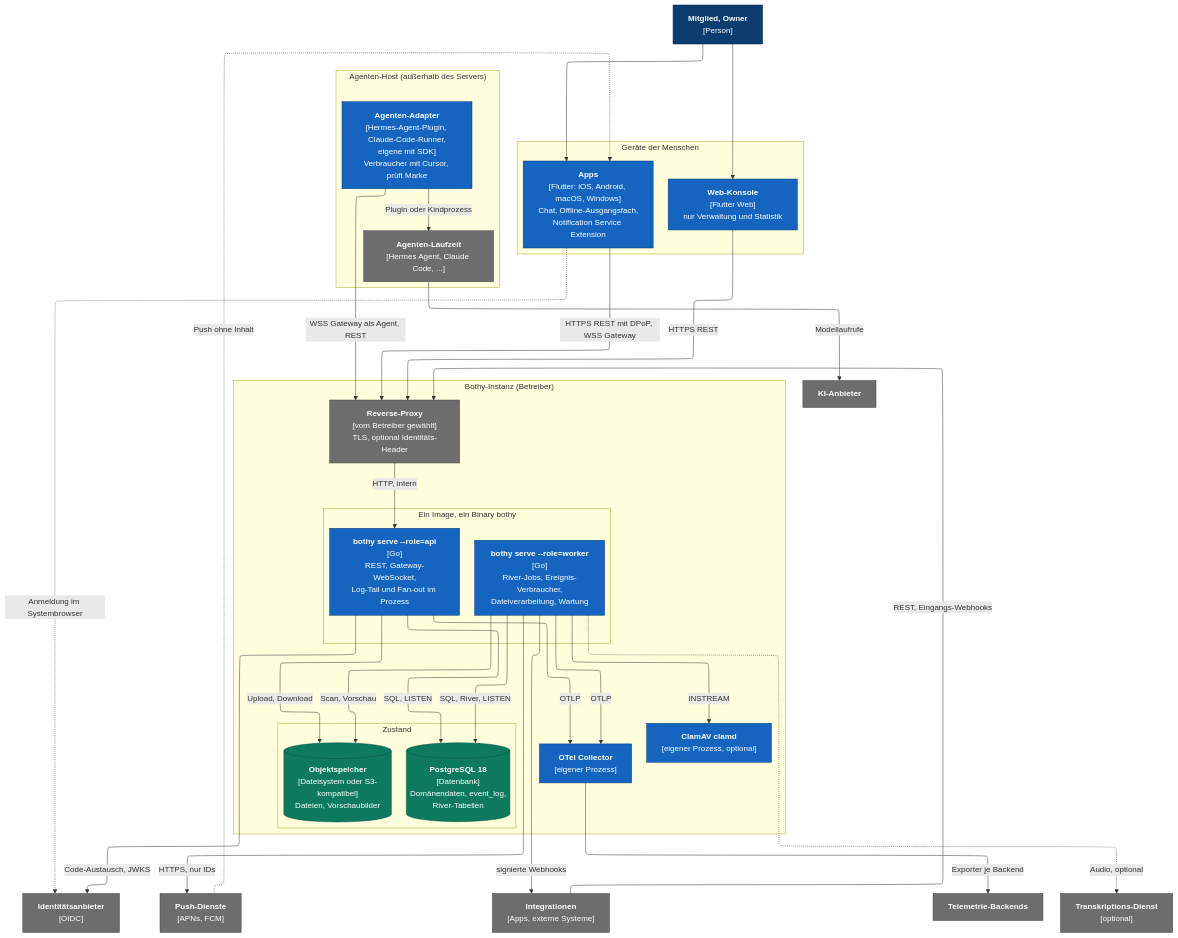
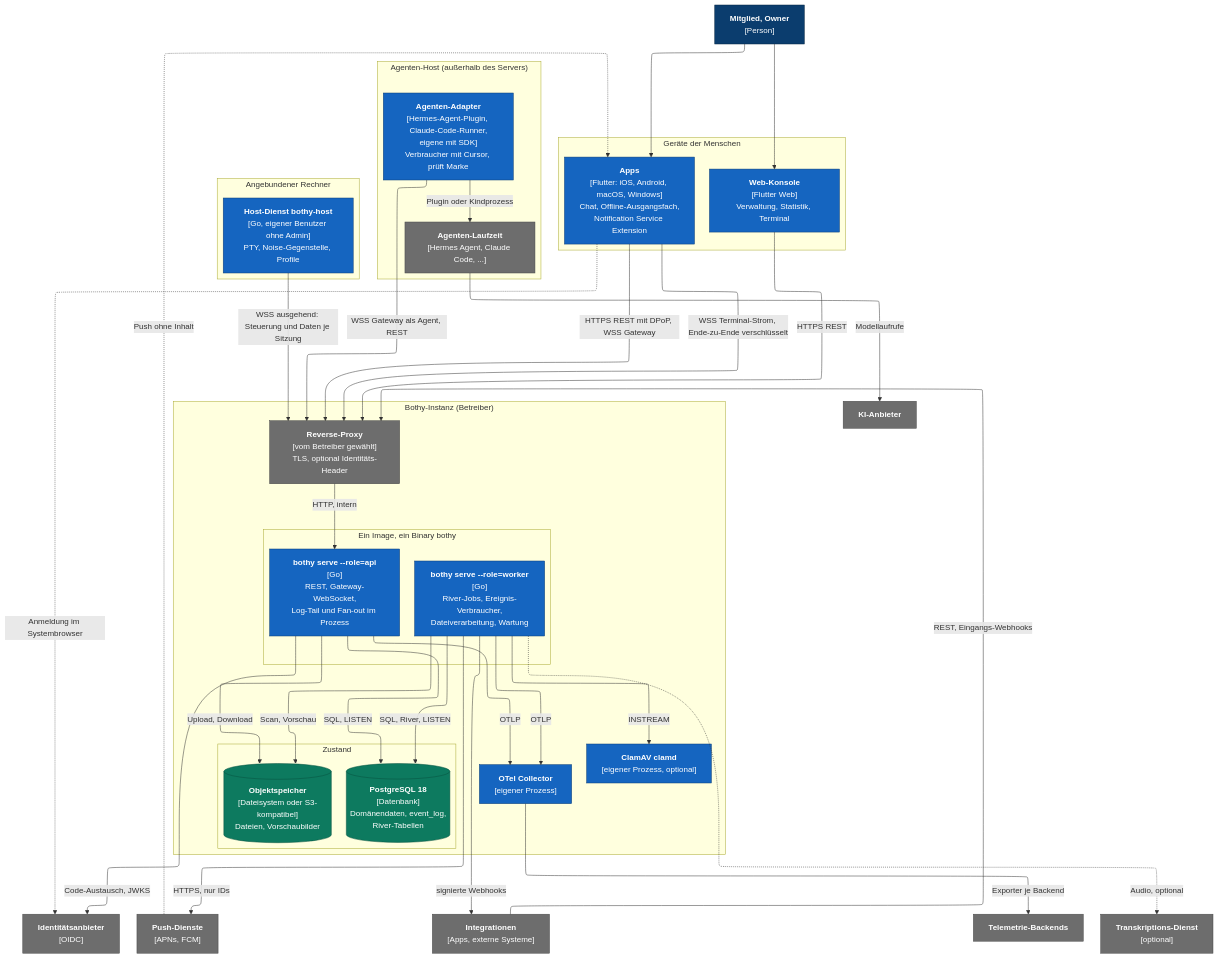
The diagram in docs/architecture/c4-2-container.mmd (mguttmann/bothy), drawn with Mermaid before and after one commit. The commit also changed 22 other files, not shown here.

First line of the commit message:
docs(kern): Rechner, Terminal-Sitzungen und Live-Statistik im Kern-Vertrag

```diff
--- a/docs/architecture/c4-2-container.mmd
+++ b/docs/architecture/c4-2-container.mmd
@@ -1,73 +1,80 @@
 ---
 config:
   layout: elk
 ---
 %% C4 Ebene 2: Container. C4-Notation als Mermaid-Flowchart (siehe README).
 %% Secret-Quelle (Datei, Env, später Key Vault) ist nicht gezeichnet: api und worker lesen sie beim
 %% Start und bei Rotation (02-architektur.md, Abschnitt Konfigurationsladen).
 flowchart TB
   classDef person fill:#0b3d6e,stroke:#062440,color:#ffffff
   classDef container fill:#1565c0,stroke:#0b3c75,color:#ffffff
   classDef store fill:#0d7a5f,stroke:#08523f,color:#ffffff
   classDef ext fill:#6d6d6d,stroke:#474747,color:#ffffff
 
   member["<b>Mitglied, Owner</b><br/>[Person]"]:::person
 
   subgraph devices["Geräte der Menschen"]
     direction LR
     apps["<b>Apps</b><br/>[Flutter: iOS, Android, macOS, Windows]<br/>Chat, Offline-Ausgangsfach,<br/>Notification Service Extension"]:::container
-    console["<b>Web-Konsole</b><br/>[Flutter Web]<br/>nur Verwaltung und Statistik"]:::container
+    console["<b>Web-Konsole</b><br/>[Flutter Web]<br/>Verwaltung, Statistik, Terminal"]:::container
   end
 
   subgraph agenthost["Agenten-Host (außerhalb des Servers)"]
     direction LR
     adapter["<b>Agenten-Adapter</b><br/>[Hermes-Agent-Plugin, Claude-Code-Runner,<br/>eigene mit SDK]<br/>Verbraucher mit Cursor, prüft Marke"]:::container
     runtime["<b>Agenten-Laufzeit</b><br/>[Hermes Agent, Claude Code, ...]"]:::ext
+  end
+
+  subgraph termhost["Angebundener Rechner"]
+    direction LR
+    hostd["<b>Host-Dienst bothy-host</b><br/>[Go, eigener Benutzer ohne Admin]<br/>PTY, Noise-Gegenstelle, Profile"]:::container
   end
 
   subgraph inst["Bothy-Instanz (Betreiber)"]
     proxy["<b>Reverse-Proxy</b><br/>[vom Betreiber gewählt]<br/>TLS, optional Identitäts-Header"]:::ext
     subgraph bin["Ein Image, ein Binary bothy"]
       direction LR
       api["<b>bothy serve --role=api</b><br/>[Go]<br/>REST, Gateway-WebSocket,<br/>Log-Tail und Fan-out im Prozess"]:::container
       worker["<b>bothy serve --role=worker</b><br/>[Go]<br/>River-Jobs, Ereignis-Verbraucher,<br/>Dateiverarbeitung, Wartung"]:::container
     end
     subgraph data["Zustand"]
       direction LR
       pg[("<b>PostgreSQL 18</b><br/>[Datenbank]<br/>Domänendaten, event_log,<br/>River-Tabellen")]:::store
       objects[("<b>Objektspeicher</b><br/>[Dateisystem oder S3-kompatibel]<br/>Dateien, Vorschaubilder")]:::store
     end
     clamd["<b>ClamAV clamd</b><br/>[eigener Prozess, optional]"]:::container
     otelcol["<b>OTel Collector</b><br/>[eigener Prozess]"]:::container
   end
 
   idp["<b>Identitätsanbieter</b><br/>[OIDC]"]:::ext
   pushsvc["<b>Push-Dienste</b><br/>[APNs, FCM]"]:::ext
   llm["<b>KI-Anbieter</b>"]:::ext
   integr["<b>Integrationen</b><br/>[Apps, externe Systeme]"]:::ext
   backends["<b>Telemetrie-Backends</b>"]:::ext
   stt["<b>Transkriptions-Dienst</b><br/>[optional]"]:::ext
 
   member --> apps
   member --> console
   apps -->|"HTTPS REST mit DPoP, WSS Gateway"| proxy
   console -->|"HTTPS REST"| proxy
   adapter -->|"WSS Gateway als Agent, REST"| proxy
   integr -->|"REST, Eingangs-Webhooks"| proxy
+  hostd -->|"WSS ausgehend: Steuerung und Daten je Sitzung"| proxy
+  apps -->|"WSS Terminal-Strom, Ende-zu-Ende verschlüsselt"| proxy
   apps -.->|"Anmeldung im Systembrowser"| idp
   adapter -->|"Plugin oder Kindprozess"| runtime
   runtime -->|"Modellaufrufe"| llm
   proxy -->|"HTTP, intern"| api
   api -->|"SQL, LISTEN"| pg
   worker -->|"SQL, River, LISTEN"| pg
   api -->|"Upload, Download"| objects
   worker -->|"Scan, Vorschau"| objects
   worker -->|"INSTREAM"| clamd
   api -->|"Code-Austausch, JWKS"| idp
   worker -->|"HTTPS, nur IDs"| pushsvc
   pushsvc -.->|"Push ohne Inhalt"| apps
   worker -->|"signierte Webhooks"| integr
   worker -.->|"Audio, optional"| stt
   api -->|"OTLP"| otelcol
   worker -->|"OTLP"| otelcol
   otelcol -->|"Exporter je Backend"| backends
```
